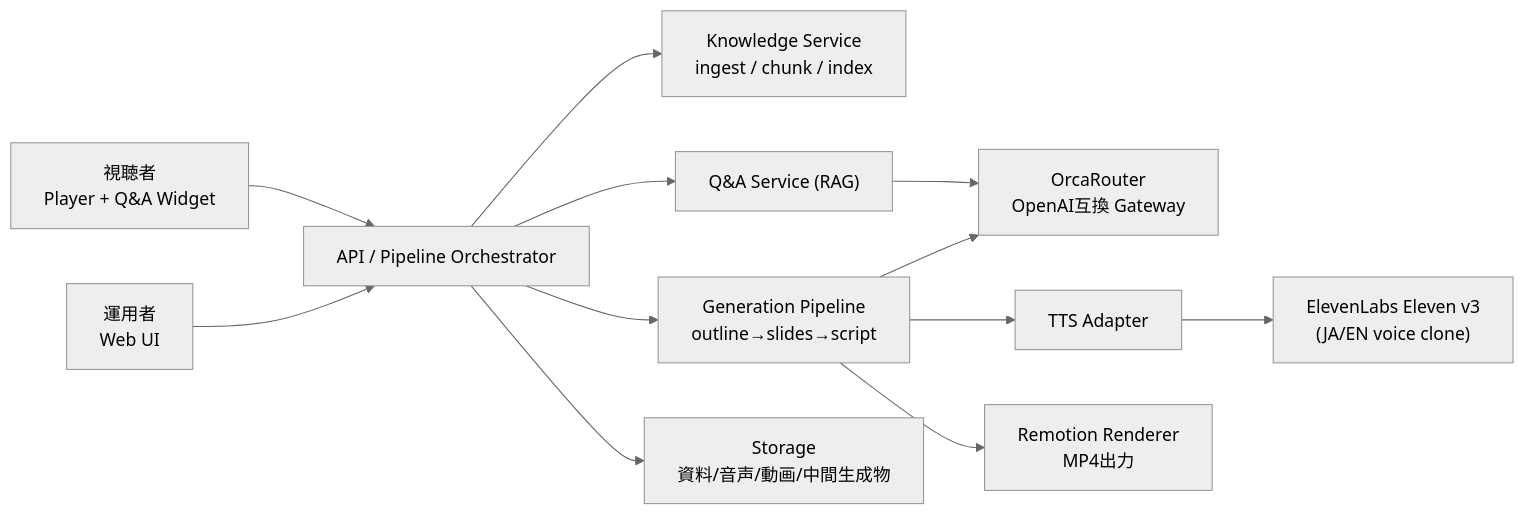
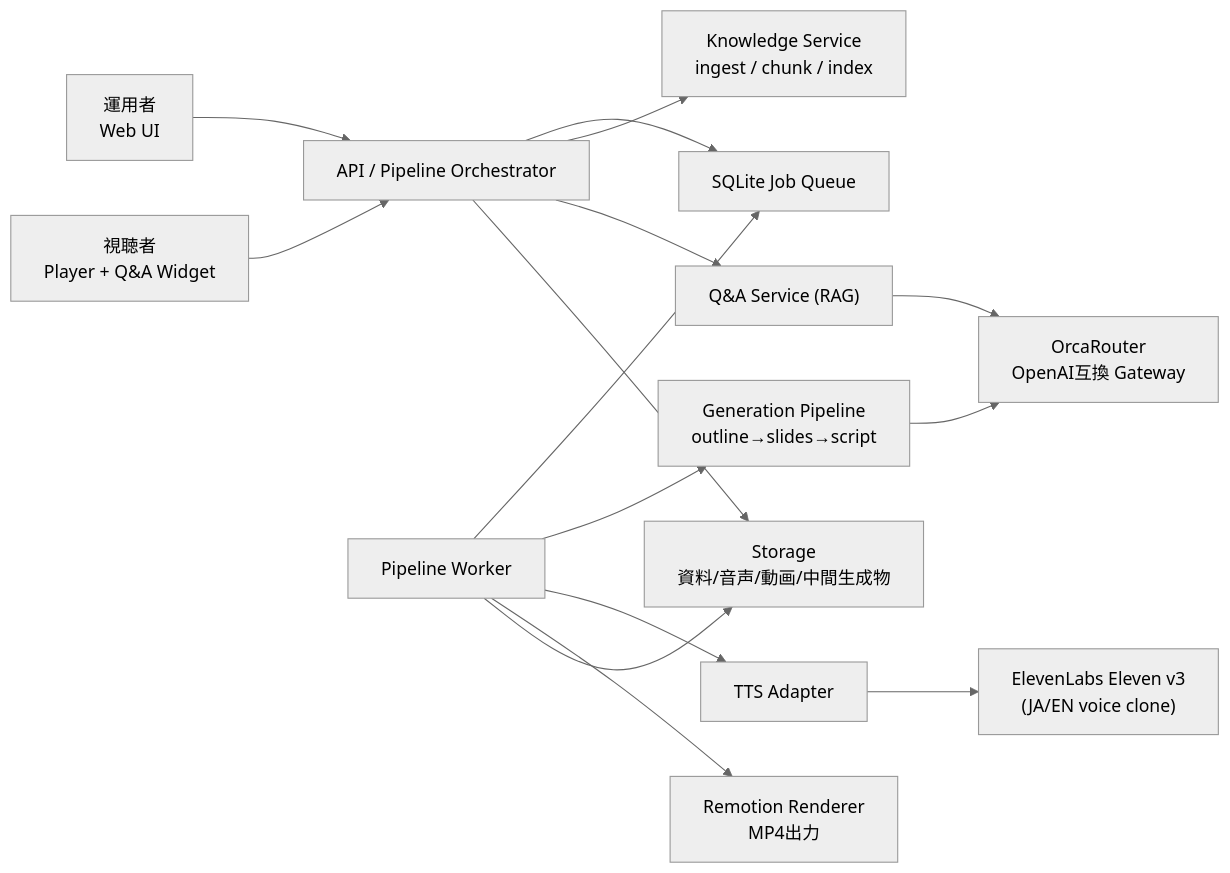
One commit to hawkymisc/koebinar changed the diagram in docs/specification.md. Above: the diagram before and after it, drawn with Mermaid (neutral theme). The commit also changed other lines of this file and 7 other files, not shown here.

````diff
--- a/docs/specification.md
+++ b/docs/specification.md
@@ -47,14 +48,17 @@
 ```mermaid
 flowchart LR
     Operator["運用者<br/>Web UI"] --> API["API / Pipeline Orchestrator"]
     Viewer["視聴者<br/>Player + Q&A Widget"] --> API
+    API --> JOBS["SQLite Job Queue"]
+    WORKER["Pipeline Worker"] --> JOBS
     API --> KB["Knowledge Service<br/>ingest / chunk / index"]
-    API --> GEN["Generation Pipeline<br/>outline→slides→script"]
+    WORKER --> GEN["Generation Pipeline<br/>outline→slides→script"]
     GEN --> ORCA["OrcaRouter<br/>OpenAI互換 Gateway"]
     API --> QA["Q&A Service (RAG)"]
     QA --> ORCA
-    GEN --> TTS["TTS Adapter"]
+    WORKER --> TTS["TTS Adapter"]
     TTS --> EL["ElevenLabs Eleven v3<br/>(JA/EN voice clone)"]
-    GEN --> REM["Remotion Renderer<br/>MP4出力"]
+    WORKER --> REM["Remotion Renderer<br/>MP4出力"]
     API --> STORE["Storage<br/>資料/音声/動画/中間生成物"]
+    WORKER --> STORE
 ```
````
